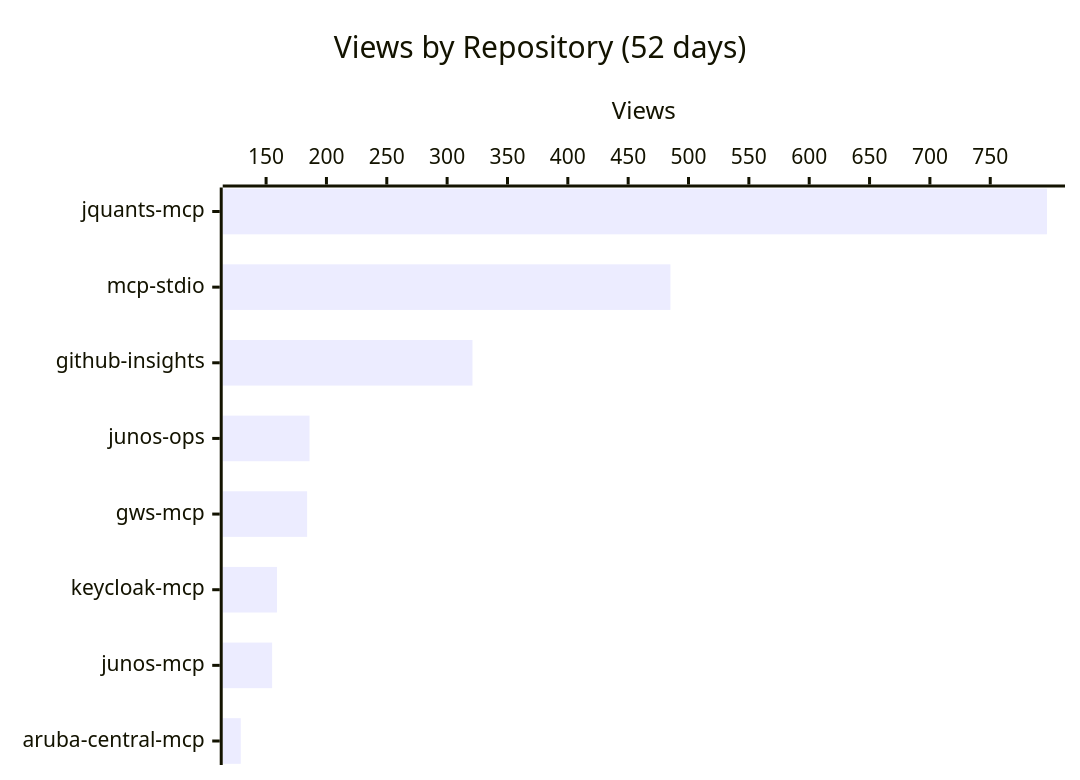
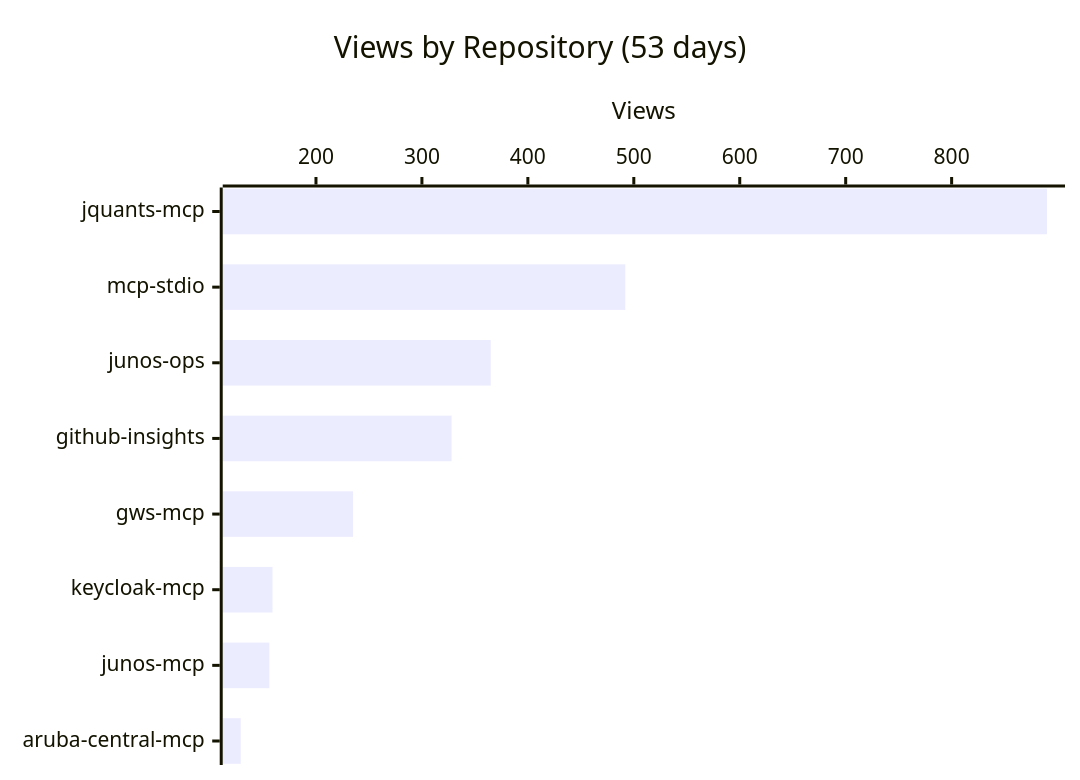
One commit to shigechika/github-insights changed the first of 3 diagrams in README.md. Above: the diagram before and after it, drawn with Mermaid. The commit also changed other lines of this file and 2 other files, not shown here.

````diff
--- a/README.md
+++ b/README.md
@@ -18,7 +18,7 @@
 ```mermaid
 xychart-beta horizontal
-    title "Views by Repository (52 days)"
-    x-axis ["jquants-mcp", "mcp-stdio", "github-insights", "junos-ops", "gws-mcp", "keycloak-mcp", "junos-mcp", "aruba-central-mcp"]
+    title "Views by Repository (53 days)"
+    x-axis ["jquants-mcp", "mcp-stdio", "junos-ops", "github-insights", "gws-mcp", "keycloak-mcp", "junos-mcp", "aruba-central-mcp"]
     y-axis "Views"
-    bar [797, 485, 321, 186, 184, 159, 155, 129]
+    bar [890, 492, 365, 328, 235, 159, 156, 129]
 ```
````
